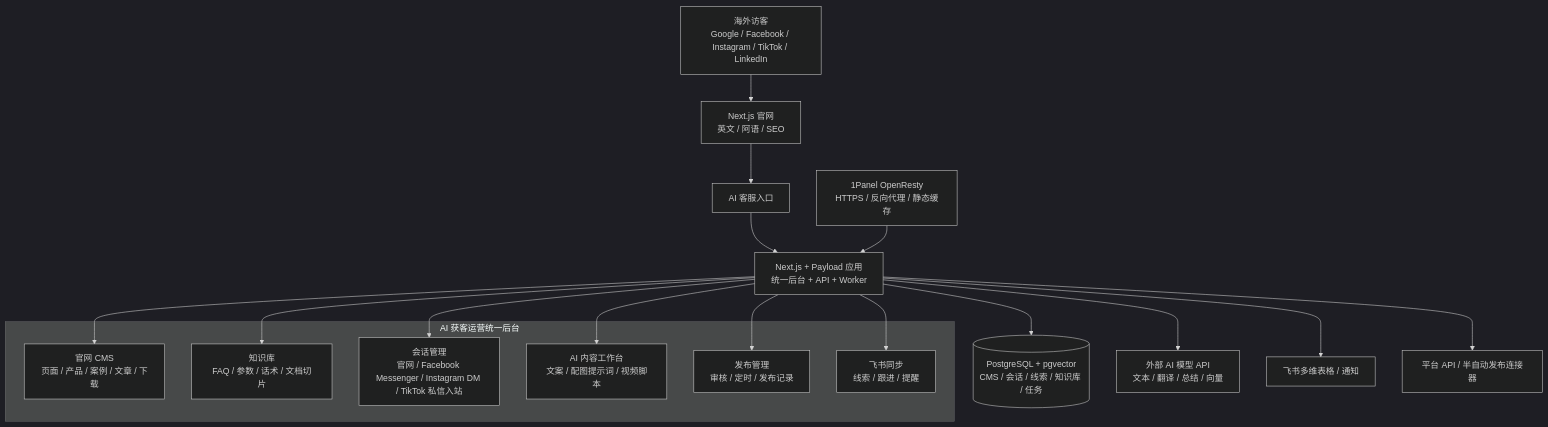
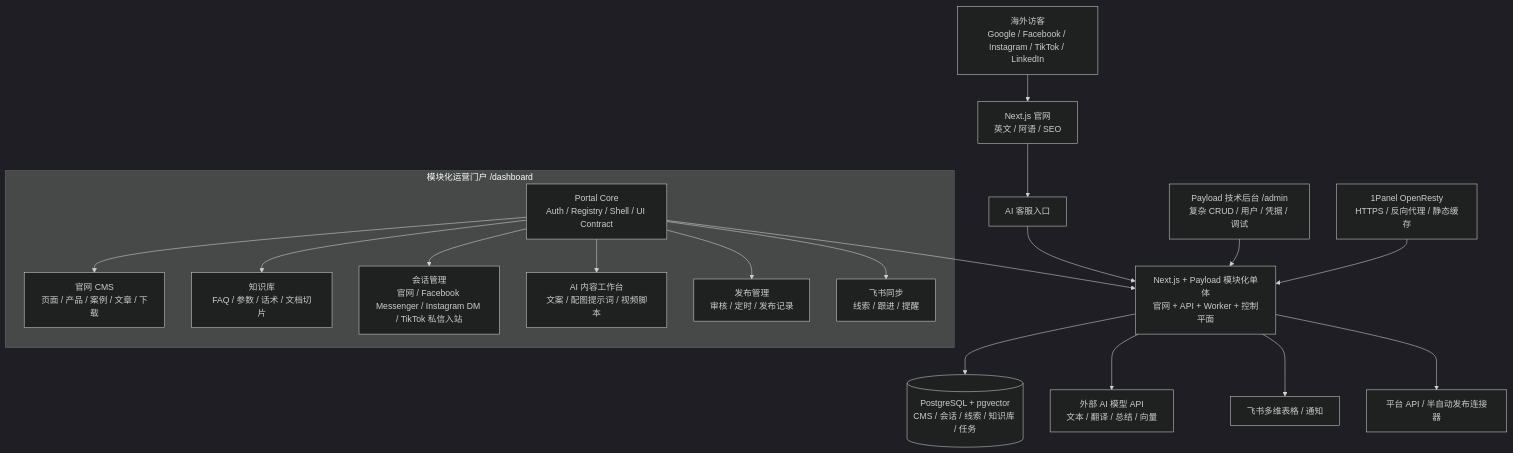
The diagram in docs/architecture/一期技术选型与部署架构规划.md (jueyunai/ivybm), drawn with Mermaid (dark theme) before and after one commit. The commit also changed other lines of this file and 18 other files, not shown here.

````diff
--- a/docs/architecture/一期技术选型与部署架构规划.md
+++ b/docs/architecture/一期技术选型与部署架构规划.md
@@ -86,29 +93,32 @@
 ```mermaid
 flowchart TB
     U["海外访客<br/>Google / Facebook / Instagram / TikTok / LinkedIn"] --> W["Next.js 官网<br/>英文 / 阿语 / SEO"]
     W --> CHAT["AI 客服入口"]
-    CHAT --> APP["Next.js + Payload 应用<br/>统一后台 + API + Worker"]
+    CHAT --> APP["Next.js + Payload 模块化单体<br/>官网 + API + Worker + 控制平面"]
 
-    subgraph ADMIN["AI 获客运营统一后台"]
+    subgraph ADMIN["模块化运营门户 /dashboard"]
+        CORE["Portal Core<br/>Auth / Registry / Shell / UI Contract"]
         CMS["官网 CMS<br/>页面 / 产品 / 案例 / 文章 / 下载"]
         KB["知识库<br/>FAQ / 参数 / 话术 / 文档切片"]
         MSG["会话管理<br/>官网 / Facebook Messenger / Instagram DM / TikTok 私信入站"]
         CW["AI 内容工作台<br/>文案 / 配图提示词 / 视频脚本"]
         PUB["发布管理<br/>审核 / 定时 / 发布记录"]
         CRM["飞书同步<br/>线索 / 跟进 / 提醒"]
     end
 
-    APP --> CMS
-    APP --> KB
-    APP --> MSG
-    APP --> CW
-    APP --> PUB
-    APP --> CRM
+    TECH["Payload 技术后台 /admin<br/>复杂 CRUD / 用户 / 凭据 / 调试"] --> APP
+    CORE --> APP
+    CORE --> CMS
+    CORE --> KB
+    CORE --> MSG
+    CORE --> CW
+    CORE --> PUB
+    CORE --> CRM
 
     APP --> DB[("PostgreSQL + pgvector<br/>CMS / 会话 / 线索 / 知识库 / 任务")]
     APP --> AI["外部 AI 模型 API<br/>文本 / 翻译 / 总结 / 向量"]
     APP --> FEISHU["飞书多维表格 / 通知"]
     APP --> SOCIAL["平台 API / 半自动发布连接器"]
 
     OPENRESTY["1Panel OpenResty<br/>HTTPS / 反向代理 / 静态缓存"] --> APP
 ```
````
